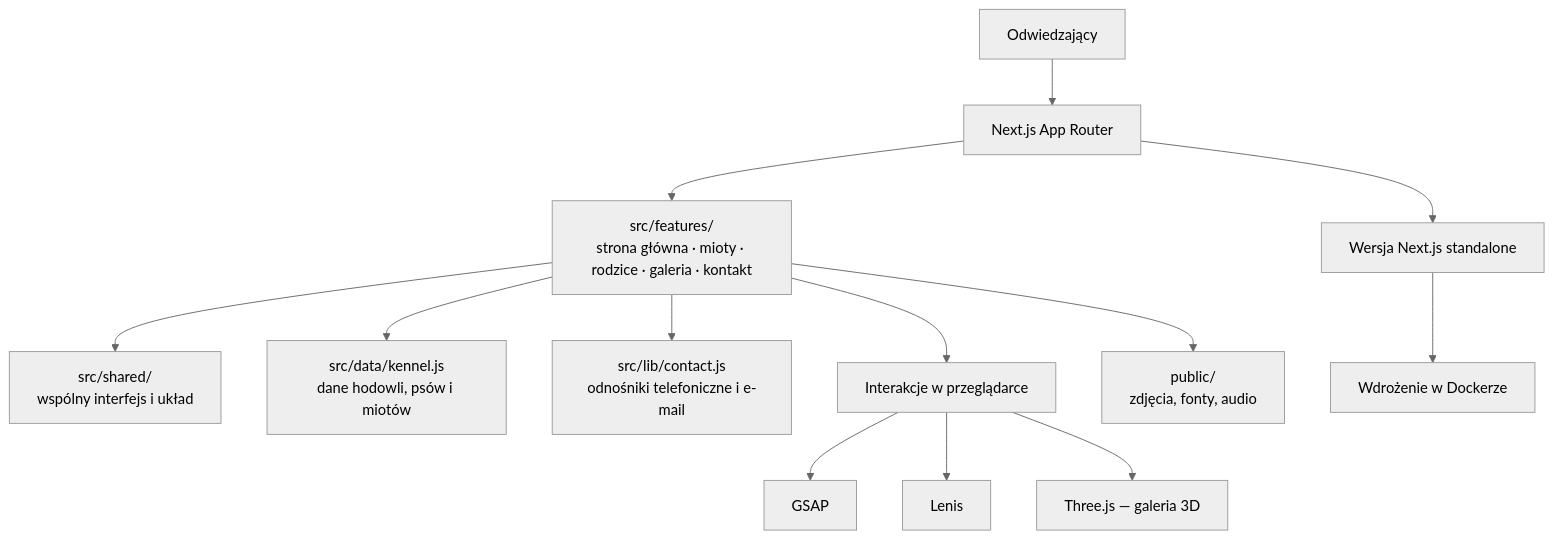
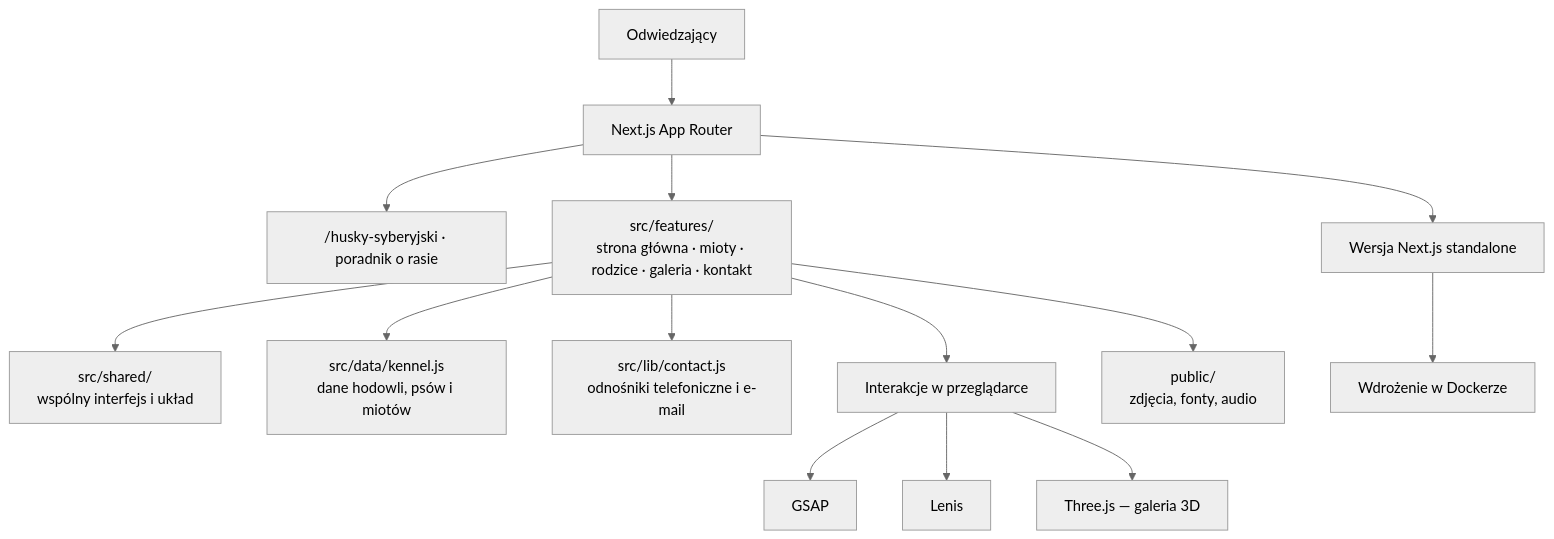
One commit to 221Studios/Syberis changed the diagram in README.md. Above: the diagram before and after it, drawn with Mermaid (neutral theme). The commit also changed other lines of this file and 2 other files, not shown here.

Commit message:
Link Siberian Husky guide from the main menu

````diff
--- a/README.md
+++ b/README.md
@@ -111,15 +112,16 @@
 ```mermaid
 flowchart TD
     Visitor[Odwiedzający] --> Routes[Next.js App Router]
+    Routes --> Guide["/husky-syberyjski · poradnik o rasie"]
     Routes --> Features[src/features/<br/>strona główna · mioty · rodzice · galeria · kontakt]
     Features --> Shared[src/shared/<br/>wspólny interfejs i układ]
     Features --> KennelData[src/data/kennel.js<br/>dane hodowli, psów i miotów]
     Features --> Contact[src/lib/contact.js<br/>odnośniki telefoniczne i e-mail]
     Features --> Browser[Interakcje w przeglądarce]
     Browser --> GSAP
     Browser --> Lenis
     Browser --> ThreeJS[Three.js — galeria 3D]
     Features --> Assets[public/<br/>zdjęcia, fonty, audio]
     Routes --> Standalone[Wersja Next.js standalone]
     Standalone --> Docker[Wdrożenie w Dockerze]
 ```
````
